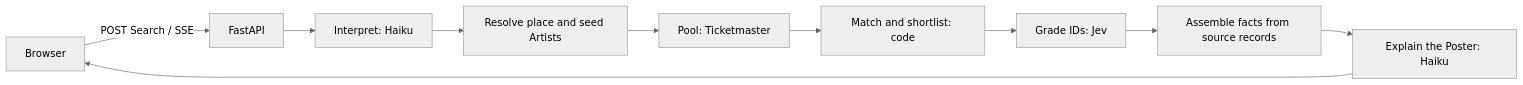
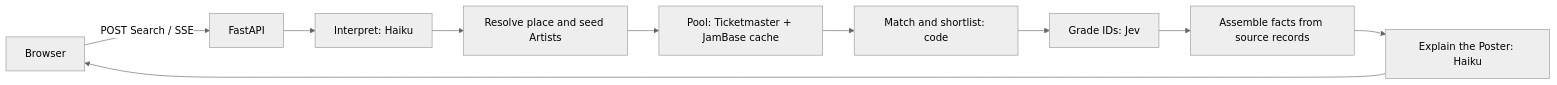
The diagram in README.md (athervvidhate/ConcertScout), drawn with Mermaid (neutral theme) before and after one commit. The commit also changed other lines of this file and 26 other files, not shown here.

First line of the commit message:
Add a cached JamBase catalog to the Concert pool

````diff
--- a/README.md
+++ b/README.md
@@ -13,12 +13,12 @@
 ```mermaid
 flowchart LR
     B[Browser] -->|POST Search / SSE| A[FastAPI]
     A --> I[Interpret: Haiku]
     I --> R[Resolve place and seed Artists]
-    R --> P[Pool: Ticketmaster]
+    R --> P[Pool: Ticketmaster + JamBase cache]
     P --> M[Match and shortlist: code]
     M --> K[Grade IDs: Jev]
     K --> S[Assemble facts from source records]
     S --> E[Explain the Poster: Haiku]
     E --> B
 ```
````
